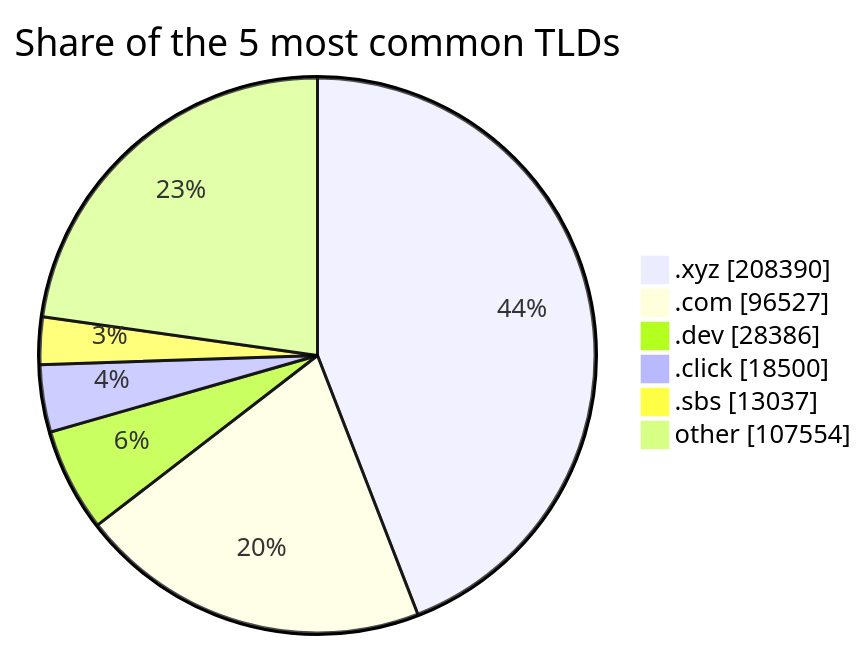
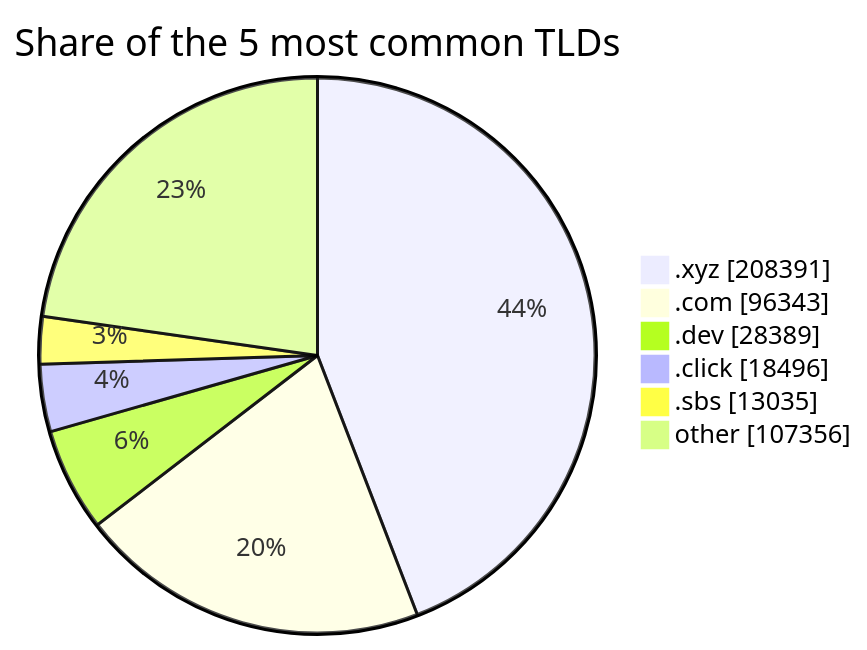
One commit to DNSBunker/CTI changed the second of 2 diagrams in README.md. Above: the diagram before and after it, drawn with Mermaid. The commit also changed other lines of this file and 3 other files, not shown here.

````diff
--- a/README.md
+++ b/README.md
@@ -72,9 +72,9 @@
 ```mermaid
 pie showData title Share of the 5 most common TLDs
-    ".xyz" : 208390
-    ".com" : 96527
-    ".dev" : 28386
-    ".click" : 18500
-    ".sbs" : 13037
-    "other" : 107554
+    ".xyz" : 208391
+    ".com" : 96343
+    ".dev" : 28389
+    ".click" : 18496
+    ".sbs" : 13035
+    "other" : 107356
 ```
````
